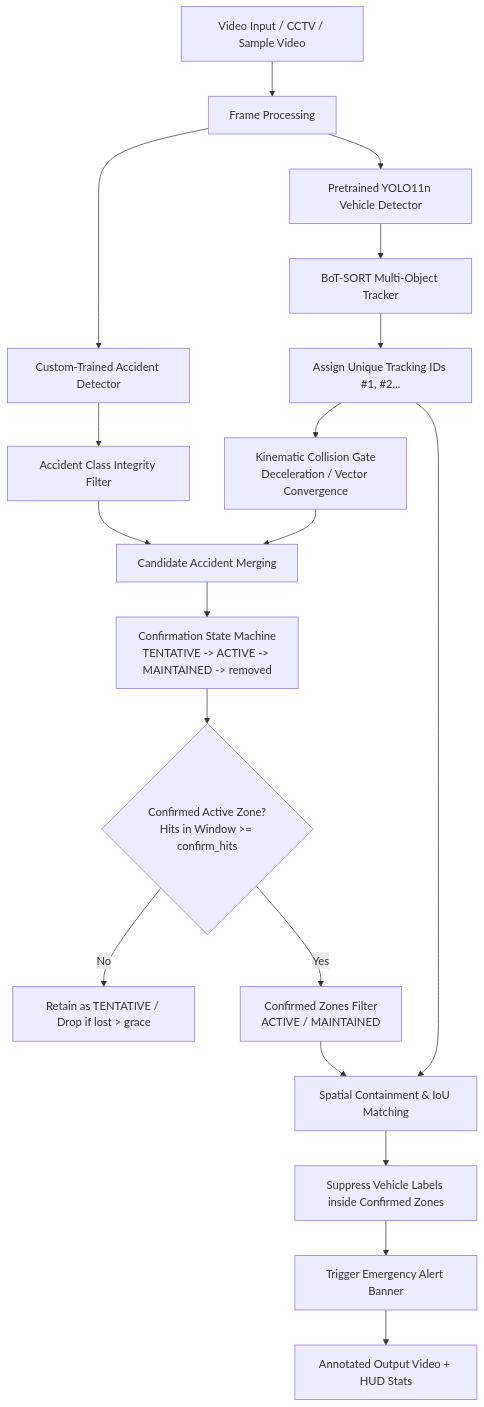
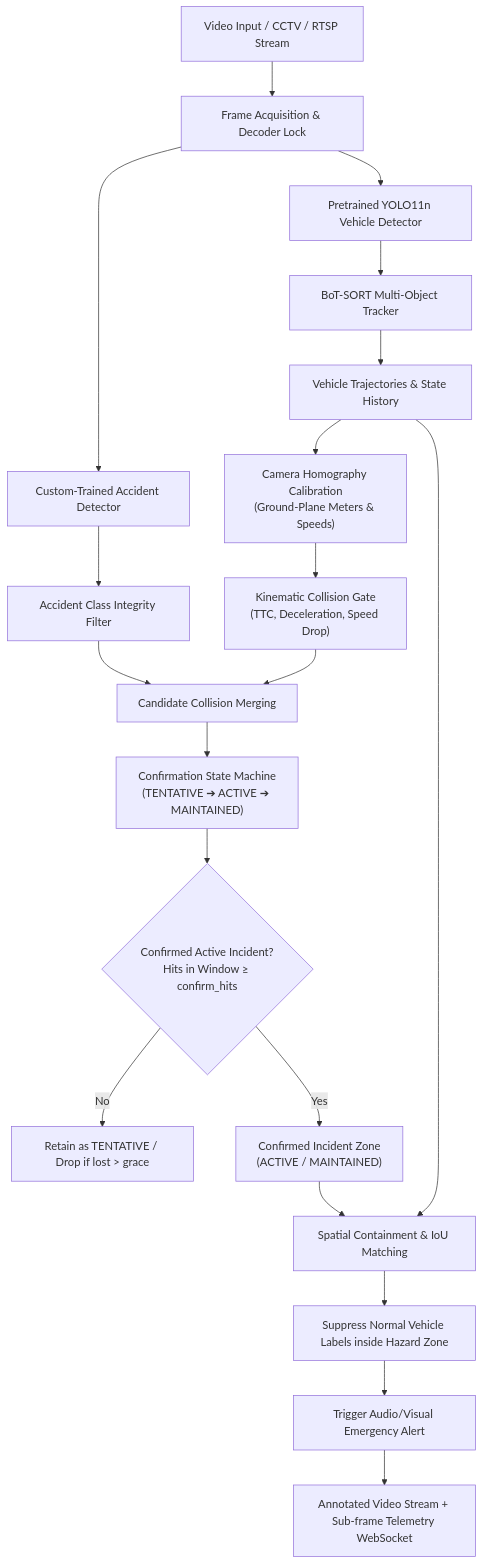
The diagram in README.md (siddharthsingh18/realtime-accident-detection-tracking), drawn with Mermaid before and after one commit. The commit also changed other lines of this file, not shown here.

Commit message:
docs: update README with kinematic gating, performance architecture, and updated test suite

````diff
--- a/README.md
+++ b/README.md
@@ -31,27 +47,28 @@
 ```mermaid
 flowchart TD
-    A[Video Input / CCTV / Sample Video] --> B[Frame Processing]
-    B --> C[Pretrained YOLO11n Vehicle Detector]
-    B --> D[Custom-Trained Accident Detector]
+    A["Video Input / CCTV / RTSP Stream"] --> B["Frame Acquisition & Decoder Lock"]
+    B --> C["Pretrained YOLO11n Vehicle Detector"]
+    B --> D["Custom-Trained Accident Detector"]
     
-    C --> E[BoT-SORT Multi-Object Tracker]
-    E --> F[Assign Unique Tracking IDs #1, #2...]
+    C --> E["BoT-SORT Multi-Object Tracker"]
+    E --> F["Vehicle Trajectories & State History"]
     
-    F --> G[Kinematic Collision Gate<br/>Deceleration / Vector Convergence]
-    D --> H[Accident Class Integrity Filter]
+    F --> G["Camera Homography Calibration<br/>(Ground-Plane Meters & Speeds)"]
+    G --> H["Kinematic Collision Gate<br/>(TTC, Deceleration, Speed Drop)"]
+    D --> I["Accident Class Integrity Filter"]
     
-    G --> I[Candidate Accident Merging]
-    H --> I
+    H --> J["Candidate Collision Merging"]
+    I --> J
     
-    I --> J[Confirmation State Machine<br/>TENTATIVE -> ACTIVE -> MAINTAINED -> removed]
-    J --> K{Confirmed Active Zone?<br/>Hits in Window >= confirm_hits}
-    K -- No --> L[Retain as TENTATIVE / Drop if lost > grace]
-    K -- Yes --> M[Confirmed Zones Filter<br/>ACTIVE / MAINTAINED]
+    J --> K["Confirmation State Machine<br/>(TENTATIVE ➔ ACTIVE ➔ MAINTAINED)"]
+    K --> L{"Confirmed Active Incident?<br/>Hits in Window ≥ confirm_hits"}
+    L -- No --> M["Retain as TENTATIVE / Drop if lost > grace"]
+    L -- Yes --> N["Confirmed Incident Zone<br/>(ACTIVE / MAINTAINED)"]
     
-    F --> N[Spatial Containment & IoU Matching]
-    M --> N
+    F --> O["Spatial Containment & IoU Matching"]
+    N --> O
     
-    N --> O[Suppress Vehicle Labels inside Confirmed Zones]
-    O --> P[Trigger Emergency Alert Banner]
-    P --> Q[Annotated Output Video + HUD Stats]
+    O --> P["Suppress Normal Vehicle Labels inside Hazard Zone"]
+    P --> Q["Trigger Audio/Visual Emergency Alert"]
+    Q --> R["Annotated Video Stream + Sub-frame Telemetry WebSocket"]
 ```
````
